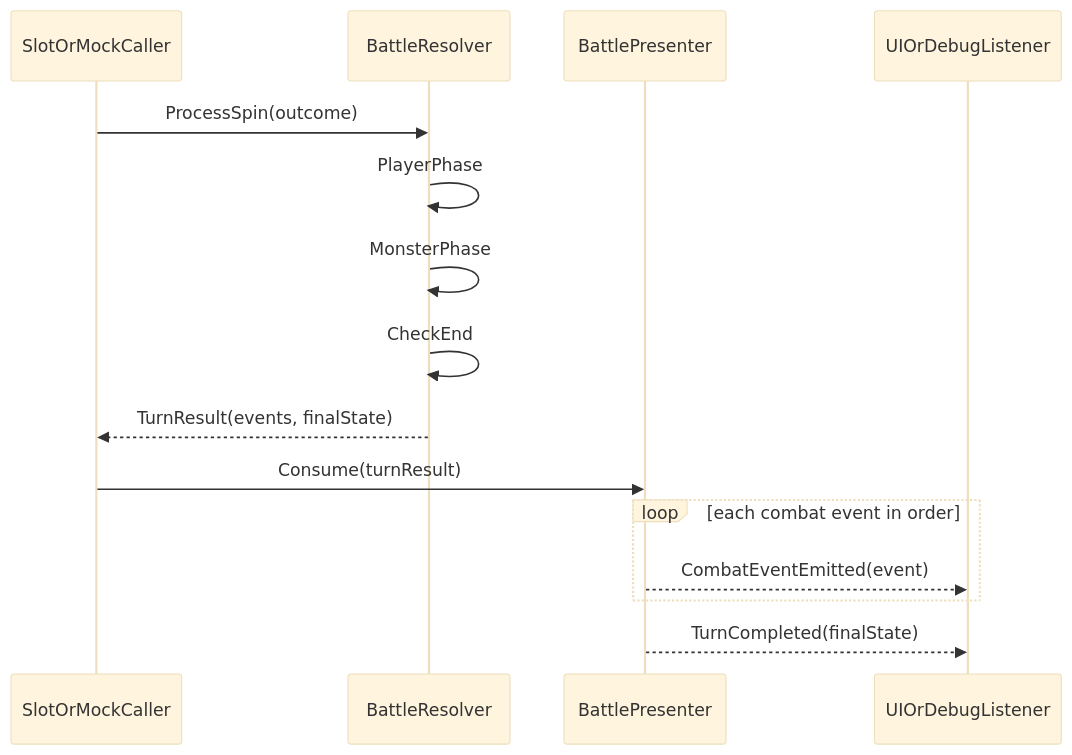
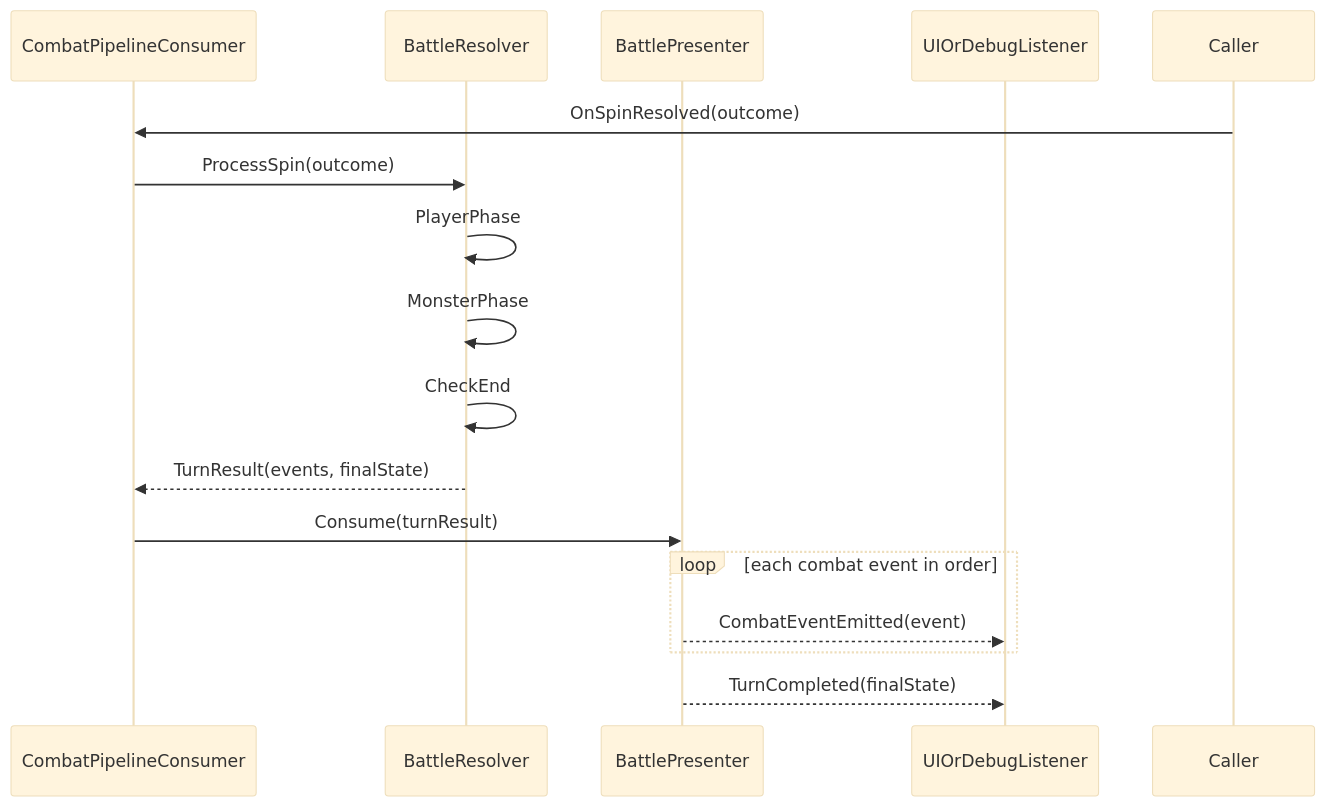
One commit to YooKyubin/SlotRogue changed the second of 2 diagrams in docs/guides/combat-core-walkthrough.md. Above: the diagram before and after it, drawn with Mermaid (base theme). The commit also changed other lines of this file and 11 other files, not shown here.

First line of the commit message:
refactor(combat): add CombatPipelineConsumer for ISpinCombatConsumer entry

````diff
--- a/docs/guides/combat-core-walkthrough.md
+++ b/docs/guides/combat-core-walkthrough.md
@@ -125,20 +126,21 @@
 ```mermaid
 sequenceDiagram
-  participant Caller as SlotOrMockCaller
+  participant Adapter as CombatPipelineConsumer
   participant Resolver as BattleResolver
   participant Presenter as BattlePresenter
   participant UI as UIOrDebugListener
 
-  Caller->>Resolver: ProcessSpin(outcome)
+  Caller->>Adapter: OnSpinResolved(outcome)
+  Adapter->>Resolver: ProcessSpin(outcome)
   Resolver->>Resolver: PlayerPhase
   Resolver->>Resolver: MonsterPhase
   Resolver->>Resolver: CheckEnd
-  Resolver-->>Caller: TurnResult(events, finalState)
-  Caller->>Presenter: Consume(turnResult)
+  Resolver-->>Adapter: TurnResult(events, finalState)
+  Adapter->>Presenter: Consume(turnResult)
 
   loop each combat event in order
     Presenter-->>UI: CombatEventEmitted(event)
   end
 
   Presenter-->>UI: TurnCompleted(finalState)
 ```
````
